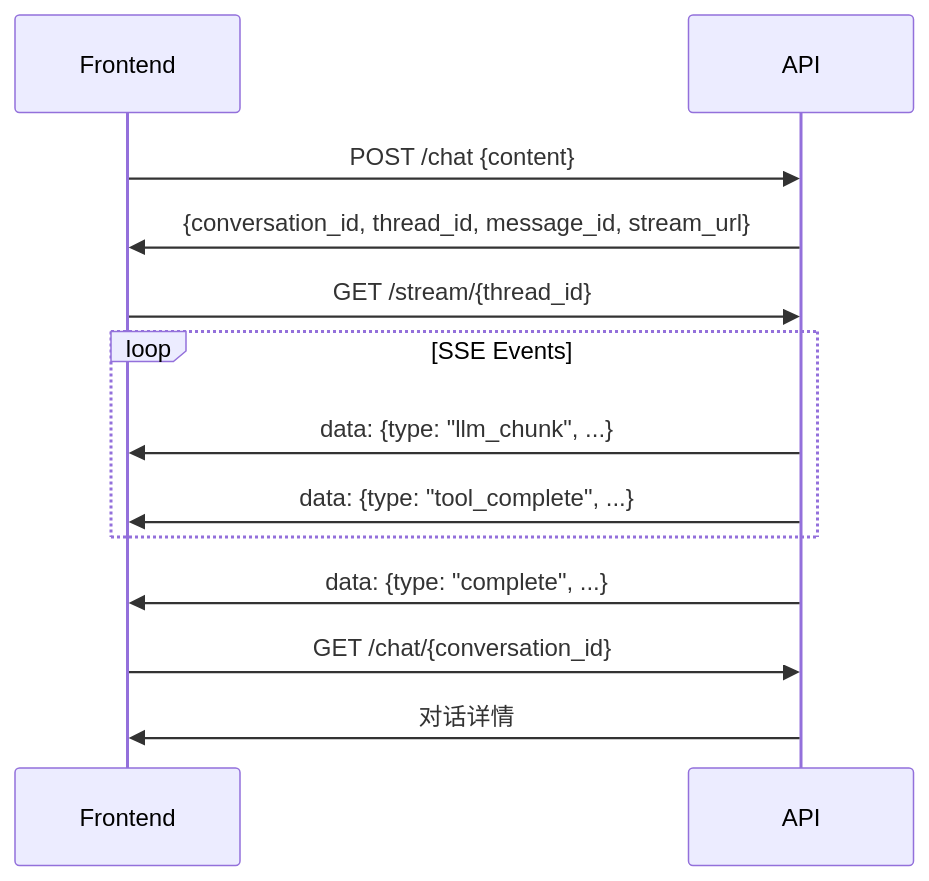
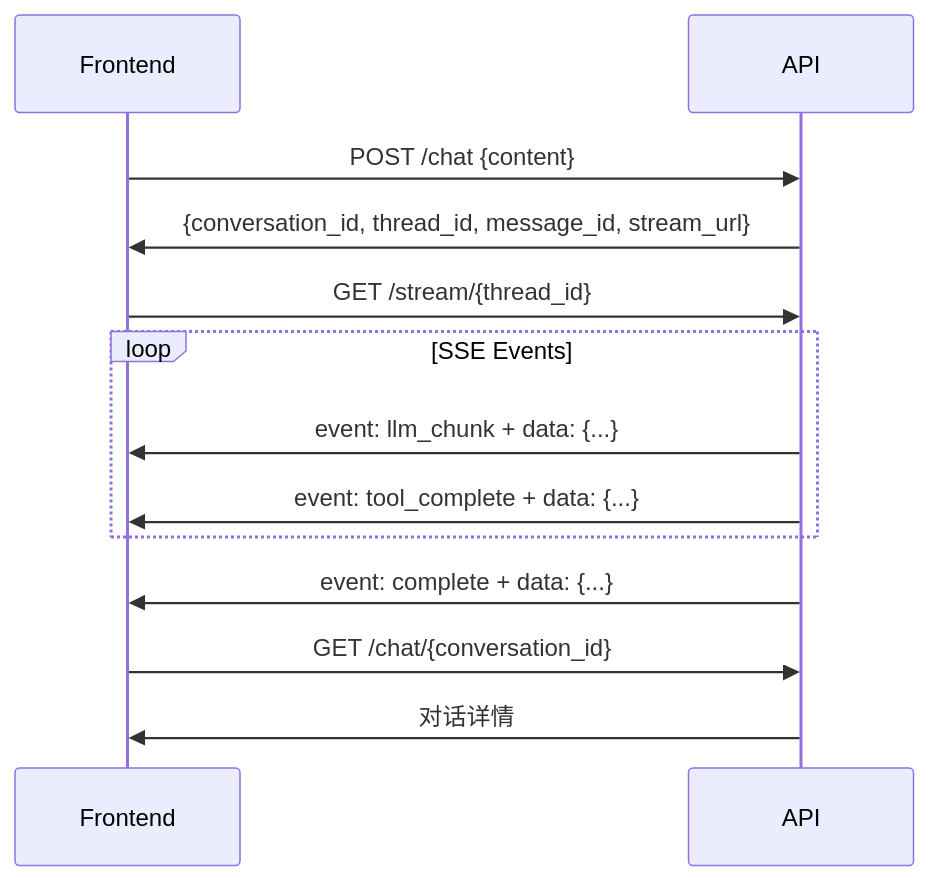
One commit to Neutrino1998/artifact-flow changed the diagram in docs/api.md. Above: the diagram before and after it, drawn with Mermaid. The commit also changed other lines of this file and 6 other files, not shown here.

First line of the commit message:
fix: use standard SSE event: field for event type dispatching

````diff
--- a/docs/api.md
+++ b/docs/api.md
@@ -20,18 +20,18 @@
 ```mermaid
 sequenceDiagram
     participant Frontend
     participant API
 
     Frontend->>API: POST /chat {content}
     API->>Frontend: {conversation_id, thread_id, message_id, stream_url}
 
     Frontend->>API: GET /stream/{thread_id}
     loop SSE Events
-        API->>Frontend: data: {type: "llm_chunk", ...}
-        API->>Frontend: data: {type: "tool_complete", ...}
+        API->>Frontend: event: llm_chunk + data: {...}
+        API->>Frontend: event: tool_complete + data: {...}
     end
-    API->>Frontend: data: {type: "complete", ...}
+    API->>Frontend: event: complete + data: {...}
 
     Frontend->>API: GET /chat/{conversation_id}
     API->>Frontend: 对话详情
 ```
````
